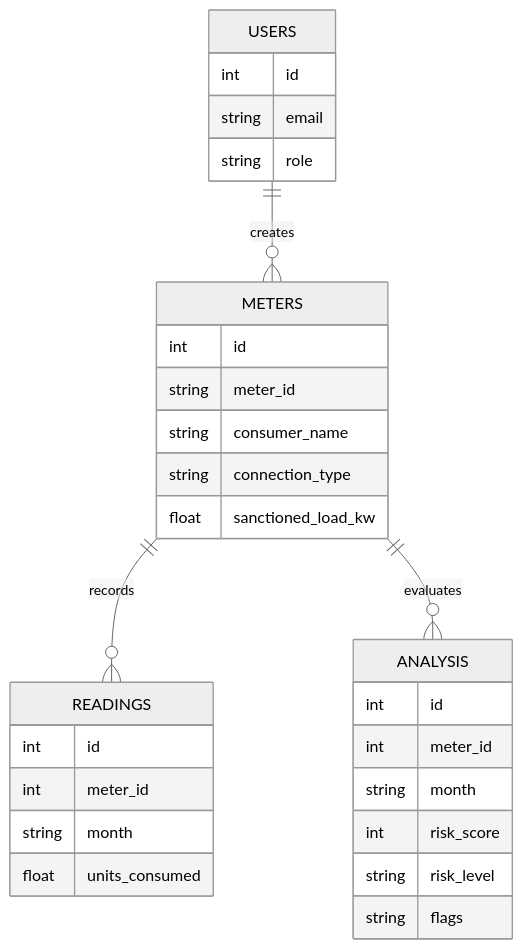
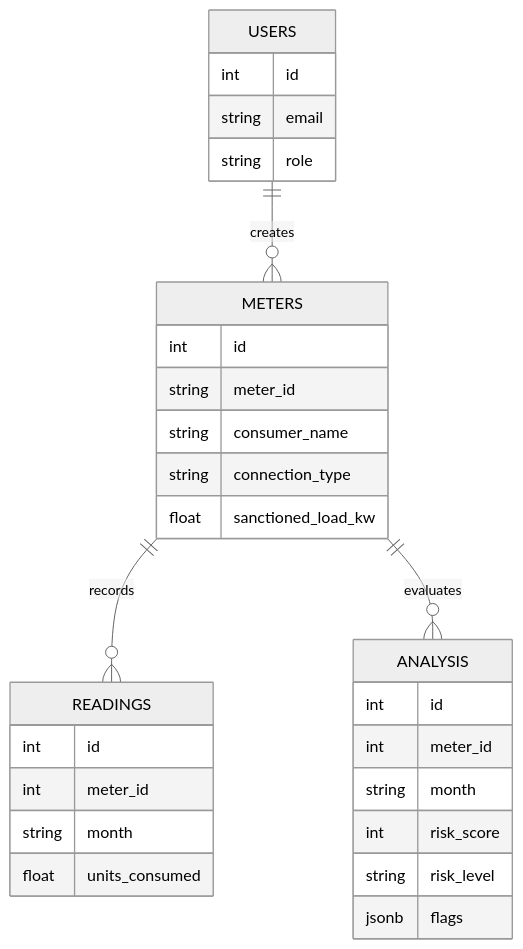
One commit to aakash04-creator/VoltTrack_Lite- changed the second of 2 diagrams in README.md. Above: the diagram before and after it, drawn with Mermaid (neutral theme). The commit also changed other lines of this file and 11 other files, not shown here.

````diff
--- a/README.md
+++ b/README.md
@@ -38,10 +38,10 @@
 ```mermaid
 erDiagram
   USERS ||--o{ METERS : creates
   METERS ||--o{ READINGS : records
   METERS ||--o{ ANALYSIS : evaluates
   USERS { int id string email string role }
   METERS { int id string meter_id string consumer_name string connection_type float sanctioned_load_kw }
   READINGS { int id int meter_id string month float units_consumed }
-  ANALYSIS { int id int meter_id string month int risk_score string risk_level string flags }
+  ANALYSIS { int id int meter_id string month int risk_score string risk_level jsonb flags }
 ```
````
